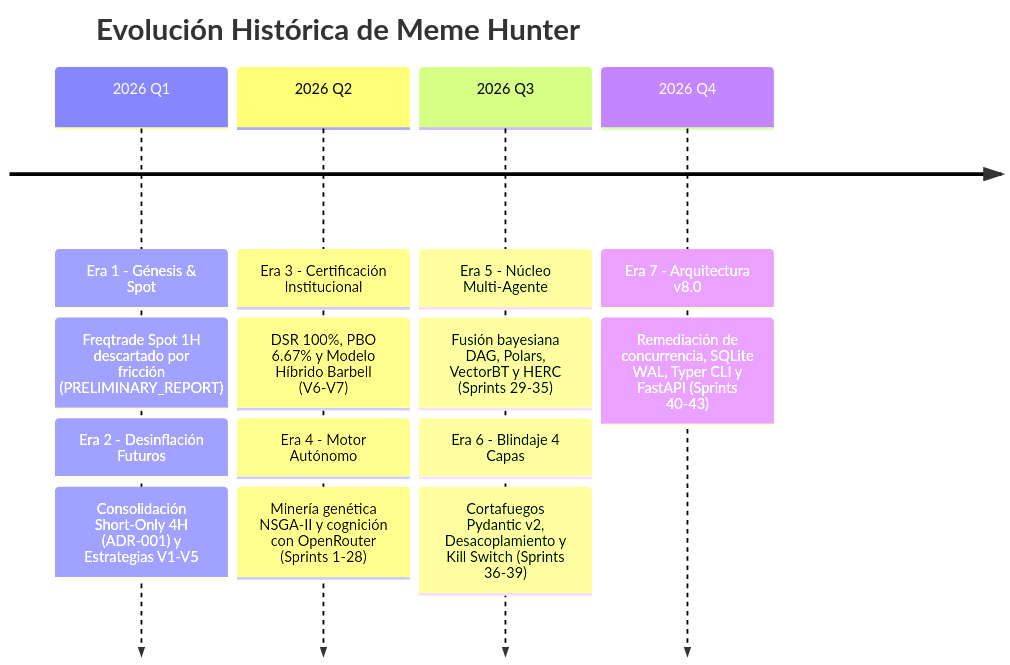
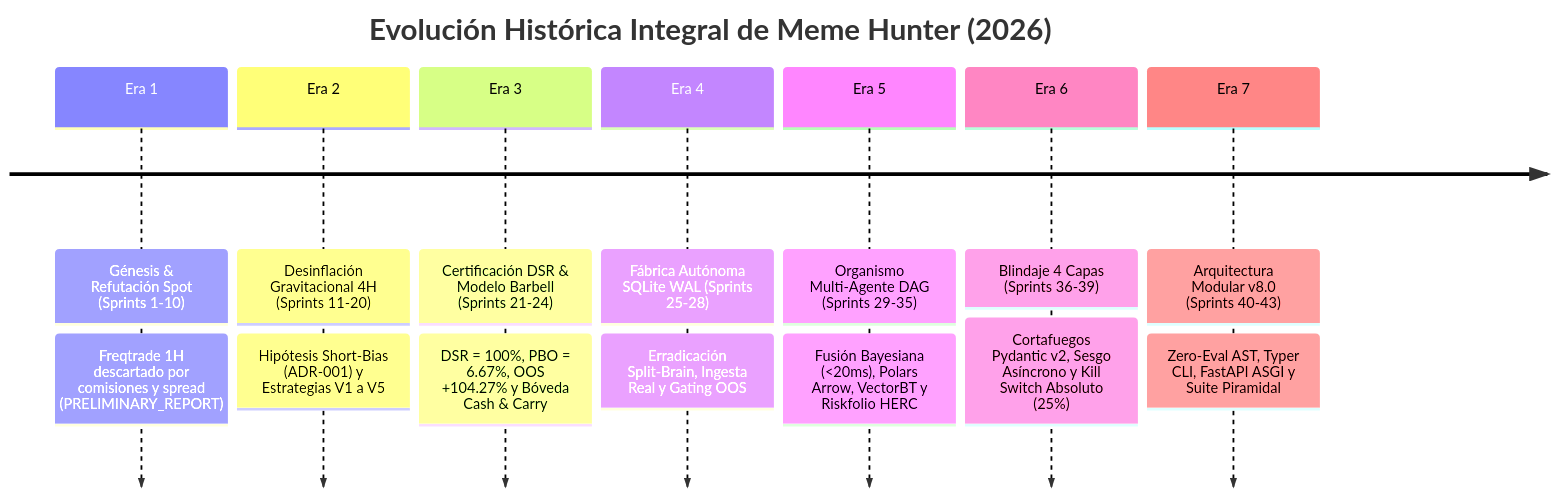
Before and after one commit to kalebCard/MemeHunter: the diagram in docs/history/INDEX_HISTORICO.md, drawn with Mermaid. The commit also changed other lines of this file and 7 other files, not shown here.

Commit message:
refactor: add sprint plans and update documentation for production hardening and 2026 roadmap

````diff
--- a/docs/history/INDEX_HISTORICO.md
+++ b/docs/history/INDEX_HISTORICO.md
@@ -19,11 +23,11 @@
 ```mermaid
 timeline
-    title Evolución Histórica de Meme Hunter
-    2026 Q1 : Era 1 - Génesis & Spot : Freqtrade Spot 1H descartado por fricción (PRELIMINARY_REPORT)
-            : Era 2 - Desinflación Futuros : Consolidación Short-Only 4H (ADR-001) y Estrategias V1-V5
-    2026 Q2 : Era 3 - Certificación Institucional : DSR 100%, PBO 6.67% y Modelo Híbrido Barbell (V6-V7)
-            : Era 4 - Motor Autónomo : Minería genética NSGA-II y cognición con OpenRouter (Sprints 1-28)
-    2026 Q3 : Era 5 - Núcleo Multi-Agente : Fusión bayesiana DAG, Polars, VectorBT y HERC (Sprints 29-35)
-            : Era 6 - Blindaje 4 Capas : Cortafuegos Pydantic v2, Desacoplamiento y Kill Switch (Sprints 36-39)
-    2026 Q4 : Era 7 - Arquitectura v8.0 : Remediación de concurrencia, SQLite WAL, Typer CLI y FastAPI (Sprints 40-43)
+    title Evolución Histórica Integral de Meme Hunter (2026)
+    Era 1 : Génesis & Refutación Spot (Sprints 1-10) : Freqtrade 1H descartado por comisiones y spread (PRELIMINARY_REPORT)
+    Era 2 : Desinflación Gravitacional 4H (Sprints 11-20) : Hipótesis Short-Bias (ADR-001) y Estrategias V1 a V5
+    Era 3 : Certificación DSR & Modelo Barbell (Sprints 21-24) : DSR = 100%, PBO = 6.67%, OOS +104.27% y Bóveda Cash & Carry
+    Era 4 : Fábrica Autónoma SQLite WAL (Sprints 25-28) : Erradicación Split-Brain, Ingesta Real y Gating OOS
+    Era 5 : Organismo Multi-Agente DAG (Sprints 29-35) : Fusión Bayesiana (<20ms), Polars Arrow, VectorBT y Riskfolio HERC
+    Era 6 : Blindaje 4 Capas (Sprints 36-39) : Cortafuegos Pydantic v2, Sesgo Asíncrono y Kill Switch Absoluto (25%)
+    Era 7 : Arquitectura Modular v8.0 (Sprints 40-43) : Zero-Eval AST, Typer CLI, FastAPI ASGI y Suite Piramidal
 ```
````
